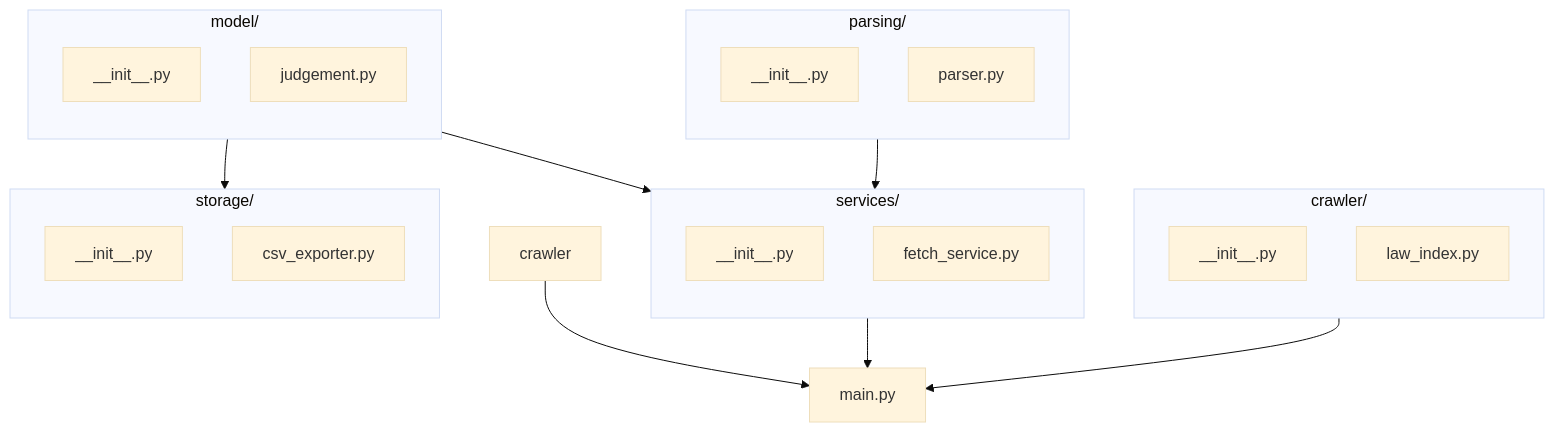
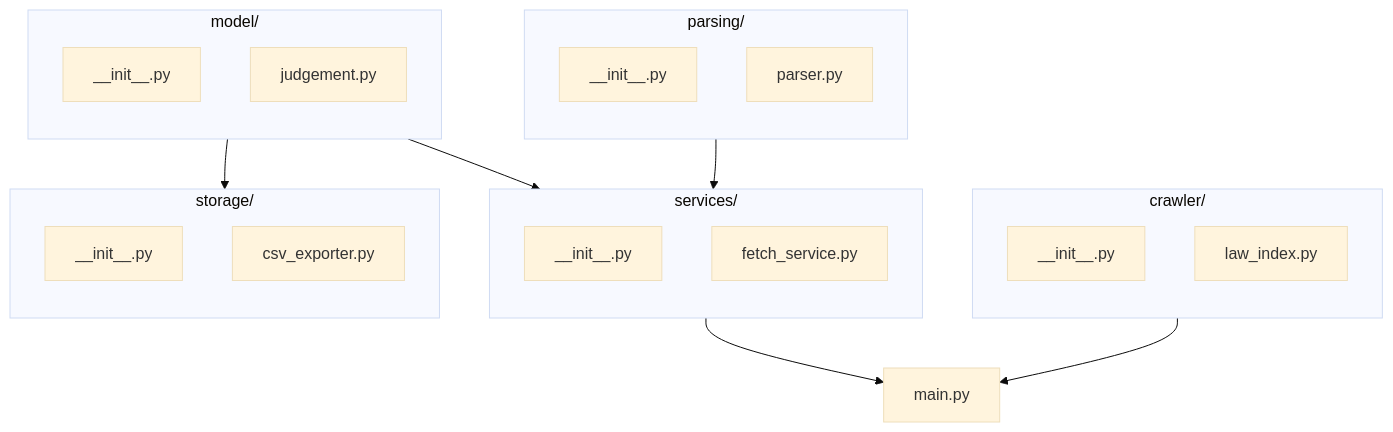
The first of 2 diagrams in README.md (royonzioki/engineering-challenge), drawn with Mermaid (base theme) before and after one commit.

Commit message:
remove crawler

````diff
--- a/README.md
+++ b/README.md
@@ -38,48 +38,47 @@
 ```mermaid
 flowchart TD
     %% Main entry point
     main[main.py]
 
     %% Index Crawler
     subgraph crawler_folder[crawler/]
         direction TB
         crawler_init[__init__.py]
         law_index[law_index.py]
     end
 
     %% Parser
     subgraph parser_folder[parsing/]
         direction TB
         parsing_init[__init__.py]
         parser[parser.py]
     end
 
     %% Model
     subgraph models_folder[model/]
         direction TB
         model_init[__init__.py]
         judgement[judgement.py]
     end
 
     %% Services
     subgraph services_folder[services/]
         direction TB
         services_init[__init__.py]
         fetch_service[fetch_service.py]
     end
 
     %% Exporter
     subgraph exporters_folder[storage/]
         direction TB
         storage_init[__init__.py]
         csv_exporter[csv_exporter.py]
     end
 
     %% Data flow arrows
     law_index --> main
-    crawler --> main
     parser --> fetch_service 
     judgement --> fetch_service
     fetch_service --> main
     judgement--> csv_exporter
    ```
````
